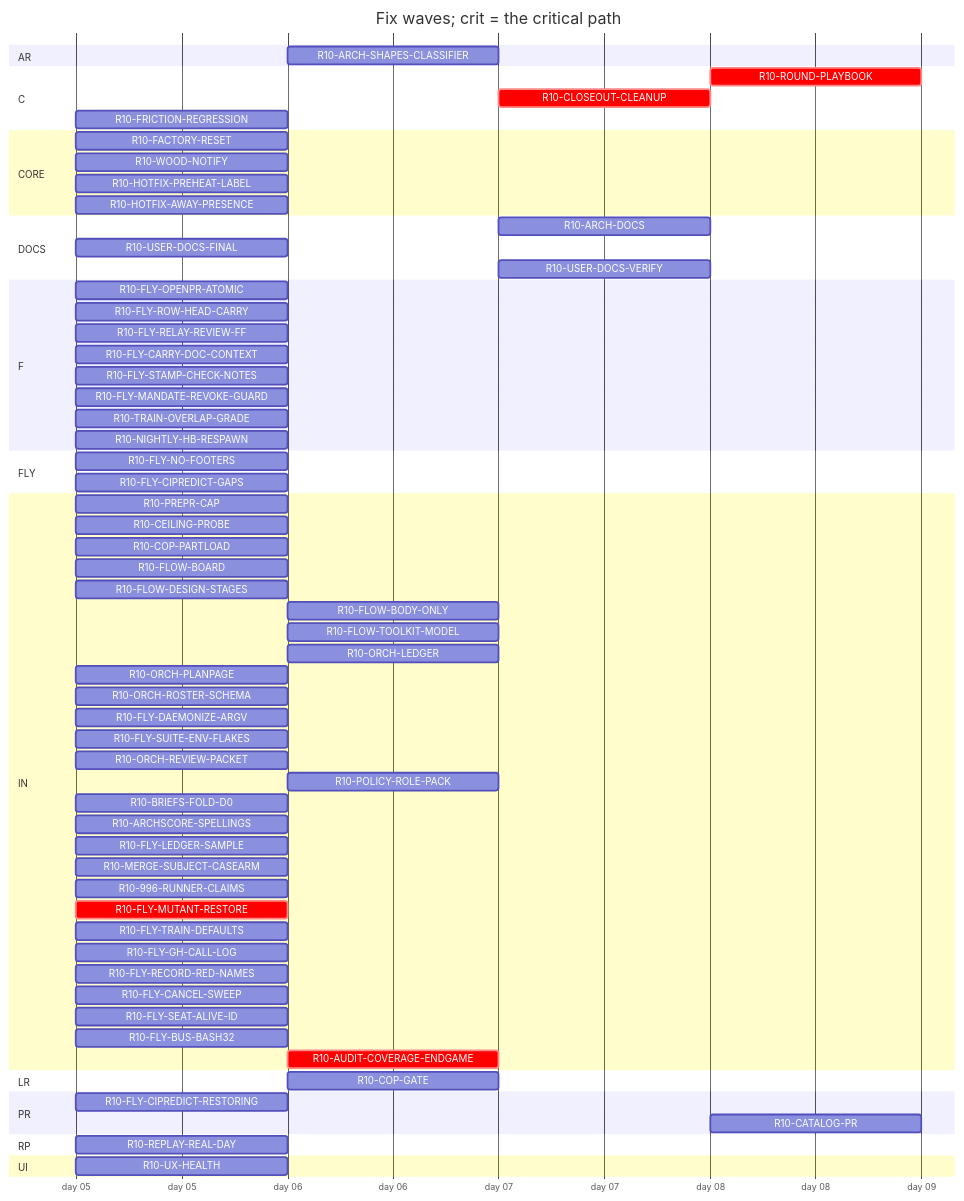
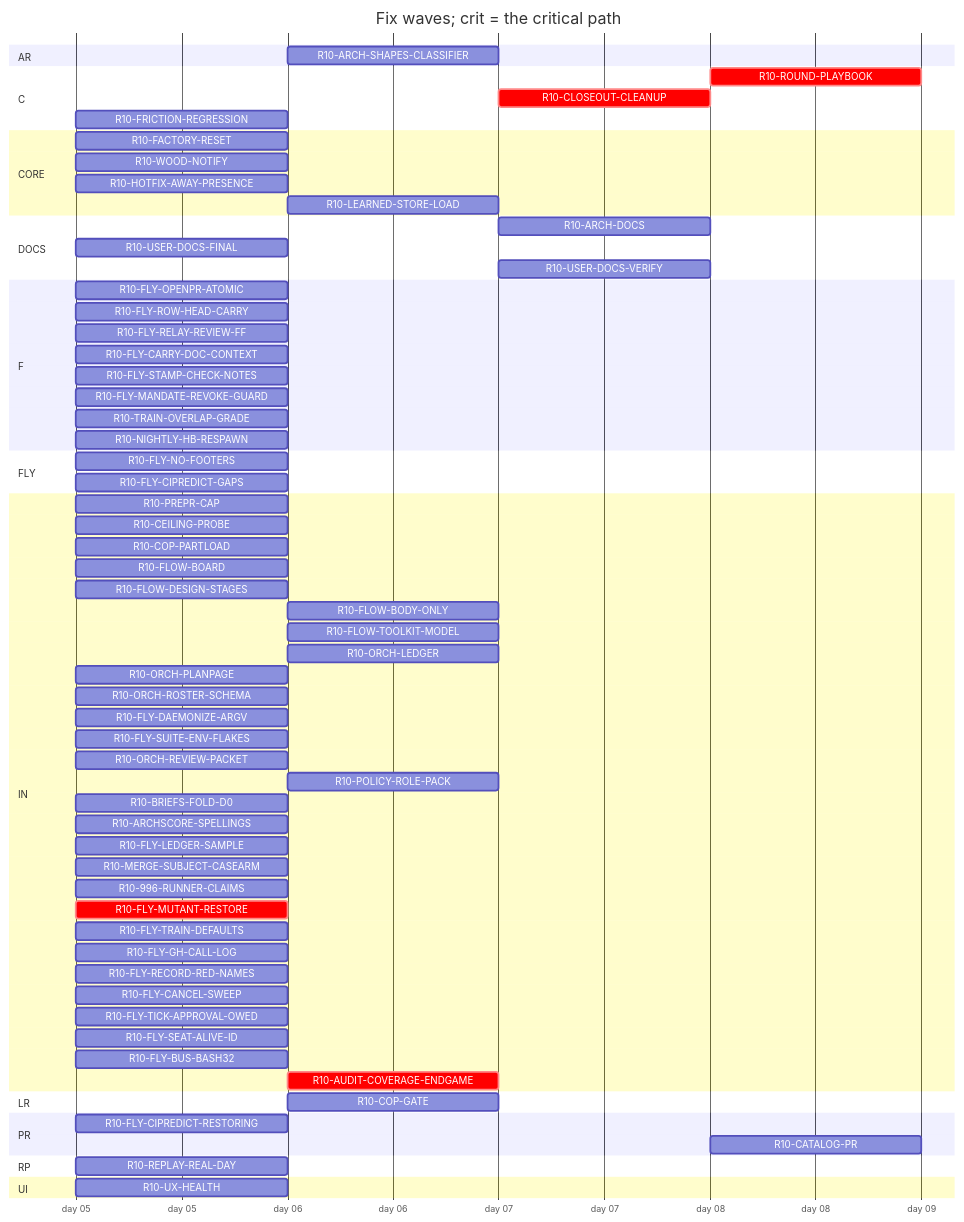
One commit to tvofi/heatpump_optimizer changed the diagram in handoff/round10/state/PLAN-TABLE.md. Above: the diagram before and after it, drawn with Mermaid. The commit also changed other lines of this file and 3 other files, not shown here.

Commit message:
state: FLOW-BOARD.md, NEXT-SESSION-PROMPT.md, PLAN-TABLE.md, RESUME-CURRENT.md regenerated (state_docs.py)

````diff
--- a/handoff/round10/state/PLAN-TABLE.md
+++ b/handoff/round10/state/PLAN-TABLE.md
@@ -24,70 +24,71 @@
 ```mermaid
 gantt
   title Fix waves; crit = the critical path
   dateFormat YYYY-MM-DD
   axisFormat day %d
   section AR
     R10-ARCH-SHAPES-CLASSIFIER :r10ARCHSHAPESCLASSIFIER, after r10996RUNNERCLAIMS, 1d
   section C
     R10-ROUND-PLAYBOOK :crit, r10ROUNDPLAYBOOK, after r10ORCHLEDGER r10ORCHPLANPAGE r10FLYRELAYREVIEWFF r10FLOWBODYONLY r10AUDITCOVERAGEENDGAME r10FLOWDESIGNSTAGES r10ORCHROSTERSCHEMA r10FLOWTOOLKITMODEL r10TRAINOVERLAPGRADE r10FLYTRAINDEFAULTS r10FLYCANCELSWEEP r10POLICYROLEPACK r10ORCHREVIEWPACKET r10FLOWBOARD r10CLOSEOUTCLEANUP, 1d
     R10-CLOSEOUT-CLEANUP :crit, r10CLOSEOUTCLEANUP, after r10AUDITCOVERAGEENDGAME, 1d
     R10-FRICTION-REGRESSION :r10FRICTIONREGRESSION, 2026-01-05, 1d
   section CORE
     R10-FACTORY-RESET :r10FACTORYRESET, 2026-01-05, 1d
     R10-WOOD-NOTIFY :r10WOODNOTIFY, 2026-01-05, 1d
-    R10-HOTFIX-PREHEAT-LABEL :r10HOTFIXPREHEATLABEL, 2026-01-05, 1d
     R10-HOTFIX-AWAY-PRESENCE :r10HOTFIXAWAYPRESENCE, 2026-01-05, 1d
+    R10-LEARNED-STORE-LOAD :r10LEARNEDSTORELOAD, after r10FACTORYRESET, 1d
   section DOCS
     R10-ARCH-DOCS :r10ARCHDOCS, after r10COPGATE r10UXHEALTH r10CEILINGPROBE r10COPPARTLOAD r10FLOWBOARD r10FLOWDESIGNSTAGES r10FLOWBODYONLY r10FLYOPENPRATOMIC r10FLYROWHEADCARRY r10FLYRELAYREVIEWFF r10FLYCARRYDOCCONTEXT r10FLOWTOOLKITMODEL r10FLYSTAMPCHECKNOTES r10FLYMANDATEREVOKEGUARD r10TRAINOVERLAPGRADE r10NIGHTLYHBRESPAWN r10ORCHLEDGER r10ORCHPLANPAGE r10ORCHROSTERSCHEMA r10FLYDAEMONIZEARGV r10ORCHREVIEWPACKET r10POLICYROLEPACK r10BRIEFSFOLDD0 r10REPLAYREALDAY r10ARCHSCORESPELLINGS r10FLYLEDGERSAMPLE, 1d
     R10-USER-DOCS-FINAL :r10USERDOCSFINAL, 2026-01-05, 1d
     R10-USER-DOCS-VERIFY :r10USERDOCSVERIFY, after r10COPGATE r10UXHEALTH r10CEILINGPROBE r10COPPARTLOAD r10FACTORYRESET r10WOODNOTIFY r10USERDOCSFINAL r10ARCHSHAPESCLASSIFIER r10HOTFIXAWAYPRESENCE, 1d
   section F
     R10-FLY-OPENPR-ATOMIC :r10FLYOPENPRATOMIC, 2026-01-05, 1d
     R10-FLY-ROW-HEAD-CARRY :r10FLYROWHEADCARRY, 2026-01-05, 1d
     R10-FLY-RELAY-REVIEW-FF :r10FLYRELAYREVIEWFF, 2026-01-05, 1d
     R10-FLY-CARRY-DOC-CONTEXT :r10FLYCARRYDOCCONTEXT, 2026-01-05, 1d
     R10-FLY-STAMP-CHECK-NOTES :r10FLYSTAMPCHECKNOTES, 2026-01-05, 1d
     R10-FLY-MANDATE-REVOKE-GUARD :r10FLYMANDATEREVOKEGUARD, 2026-01-05, 1d
     R10-TRAIN-OVERLAP-GRADE :r10TRAINOVERLAPGRADE, 2026-01-05, 1d
     R10-NIGHTLY-HB-RESPAWN :r10NIGHTLYHBRESPAWN, 2026-01-05, 1d
   section FLY
     R10-FLY-NO-FOOTERS :r10FLYNOFOOTERS, 2026-01-05, 1d
     R10-FLY-CIPREDICT-GAPS :r10FLYCIPREDICTGAPS, 2026-01-05, 1d
   section IN
     R10-PREPR-CAP :r10PREPRCAP, 2026-01-05, 1d
     R10-CEILING-PROBE :r10CEILINGPROBE, 2026-01-05, 1d
     R10-COP-PARTLOAD :r10COPPARTLOAD, 2026-01-05, 1d
     R10-FLOW-BOARD :r10FLOWBOARD, 2026-01-05, 1d
     R10-FLOW-DESIGN-STAGES :r10FLOWDESIGNSTAGES, 2026-01-05, 1d
     R10-FLOW-BODY-ONLY :r10FLOWBODYONLY, after r10FLYOPENPRATOMIC, 1d
     R10-FLOW-TOOLKIT-MODEL :r10FLOWTOOLKITMODEL, after r10ORCHPLANPAGE r10FLYCANCELSWEEP, 1d
     R10-ORCH-LEDGER :r10ORCHLEDGER, after r10FLYCANCELSWEEP, 1d
     R10-ORCH-PLANPAGE :r10ORCHPLANPAGE, 2026-01-05, 1d
     R10-ORCH-ROSTER-SCHEMA :r10ORCHROSTERSCHEMA, 2026-01-05, 1d
     R10-FLY-DAEMONIZE-ARGV :r10FLYDAEMONIZEARGV, 2026-01-05, 1d
     R10-FLY-SUITE-ENV-FLAKES :r10FLYSUITEENVFLAKES, 2026-01-05, 1d
     R10-ORCH-REVIEW-PACKET :r10ORCHREVIEWPACKET, 2026-01-05, 1d
     R10-POLICY-ROLE-PACK :r10POLICYROLEPACK, after r10FLOWDESIGNSTAGES, 1d
     R10-BRIEFS-FOLD-D0 :r10BRIEFSFOLDD0, 2026-01-05, 1d
     R10-ARCHSCORE-SPELLINGS :r10ARCHSCORESPELLINGS, 2026-01-05, 1d
     R10-FLY-LEDGER-SAMPLE :r10FLYLEDGERSAMPLE, 2026-01-05, 1d
     R10-MERGE-SUBJECT-CASEARM :r10MERGESUBJECTCASEARM, 2026-01-05, 1d
     R10-996-RUNNER-CLAIMS :r10996RUNNERCLAIMS, 2026-01-05, 1d
     R10-FLY-MUTANT-RESTORE :crit, r10FLYMUTANTRESTORE, 2026-01-05, 1d
     R10-FLY-TRAIN-DEFAULTS :r10FLYTRAINDEFAULTS, 2026-01-05, 1d
     R10-FLY-GH-CALL-LOG :r10FLYGHCALLLOG, 2026-01-05, 1d
     R10-FLY-RECORD-RED-NAMES :r10FLYRECORDREDNAMES, 2026-01-05, 1d
     R10-FLY-CANCEL-SWEEP :r10FLYCANCELSWEEP, 2026-01-05, 1d
+    R10-FLY-TICK-APPROVAL-OWED :r10FLYTICKAPPROVALOWED, 2026-01-05, 1d
     R10-FLY-SEAT-ALIVE-ID :r10FLYSEATALIVEID, 2026-01-05, 1d
     R10-FLY-BUS-BASH32 :r10FLYBUSBASH32, 2026-01-05, 1d
     R10-AUDIT-COVERAGE-ENDGAME :crit, r10AUDITCOVERAGEENDGAME, after r10FLYMUTANTRESTORE r10996RUNNERCLAIMS, 1d
   section LR
     R10-COP-GATE :r10COPGATE, after r10CEILINGPROBE, 1d
   section PR
     R10-FLY-CIPREDICT-RESTORING :r10FLYCIPREDICTRESTORING, 2026-01-05, 1d
     R10-CATALOG-PR :r10CATALOGPR, after r10USERDOCSVERIFY r10AUDITCOVERAGEENDGAME, 1d
   section RP
     R10-REPLAY-REAL-DAY :r10REPLAYREALDAY, 2026-01-05, 1d
   section UI
     R10-UX-HEALTH :r10UXHEALTH, 2026-01-05, 1d
 ```
````
